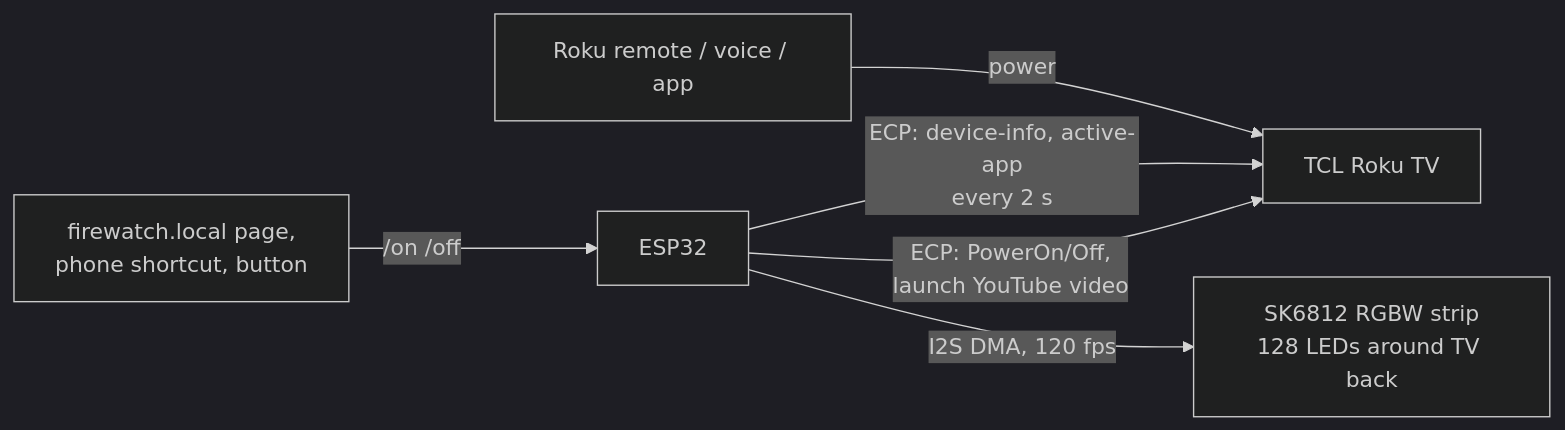
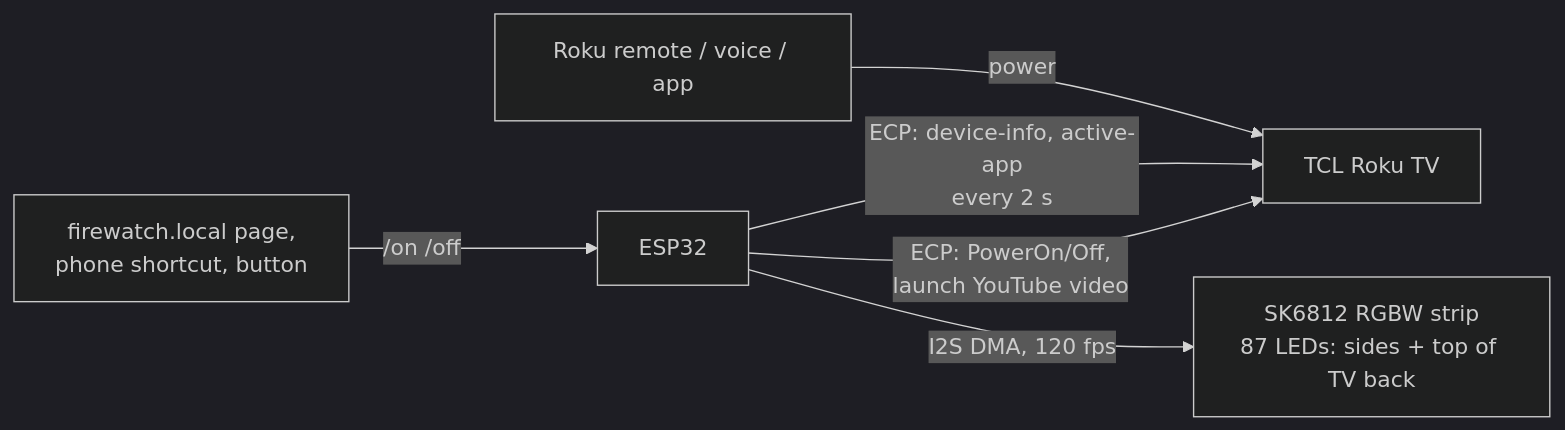
Before and after one commit to micahflock/Firewatch: the diagram in README.md, drawn with Mermaid (dark theme). The commit also changed other lines of this file and 11 other files, not shown here.

First line of the commit message:
Drop the bottom LED edge: strip runs up the sides and across the top

````diff
--- a/README.md
+++ b/README.md
@@ -11,8 +11,8 @@
 ```mermaid
 flowchart LR
   R[Roku remote / voice / app] -->|power| TV[TCL Roku TV]
   W[firewatch.local page,<br>phone shortcut, button] -->|/on /off| E
   E[ESP32] -->|ECP: device-info, active-app<br>every 2 s| TV
   E -->|ECP: PowerOn/Off,<br>launch YouTube video| TV
-  E -->|I2S DMA, 120 fps| L[SK6812 RGBW strip<br>128 LEDs around TV back]
+  E -->|I2S DMA, 120 fps| L[SK6812 RGBW strip<br>87 LEDs: sides + top of TV back]
 ```
````
